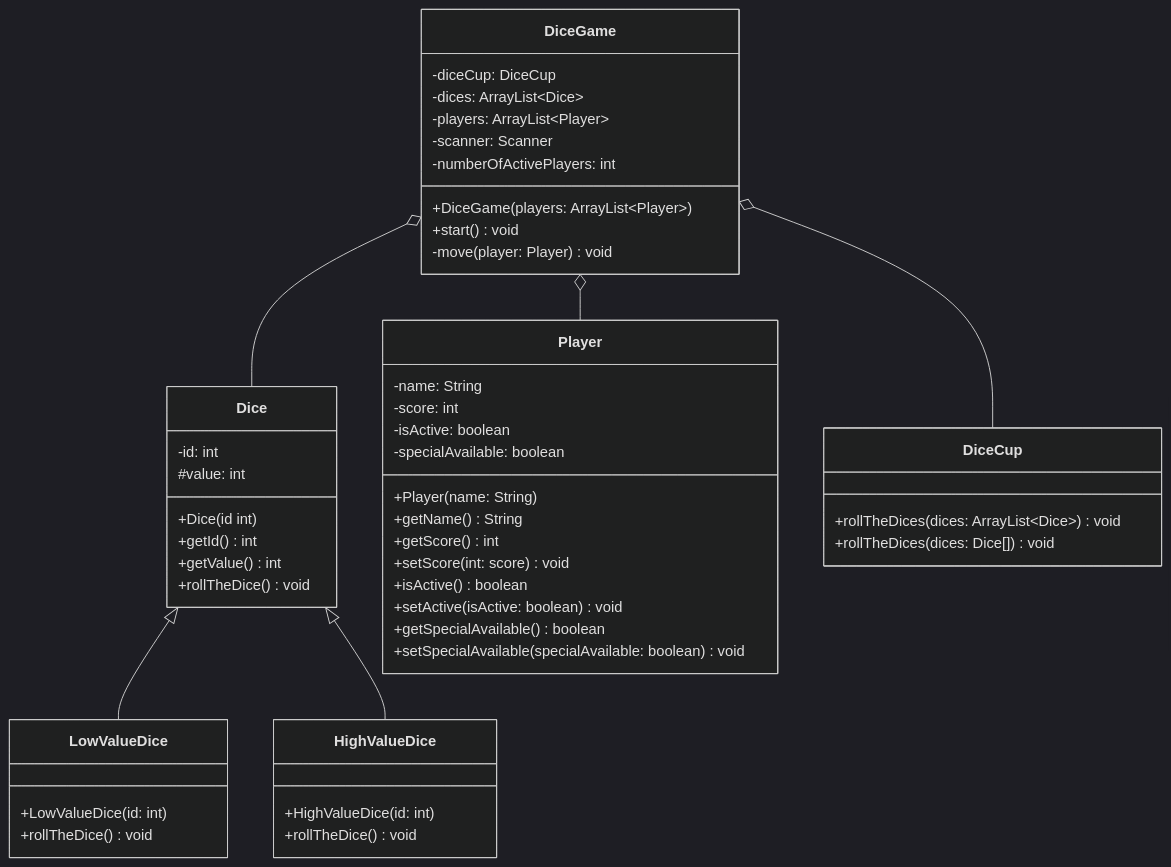
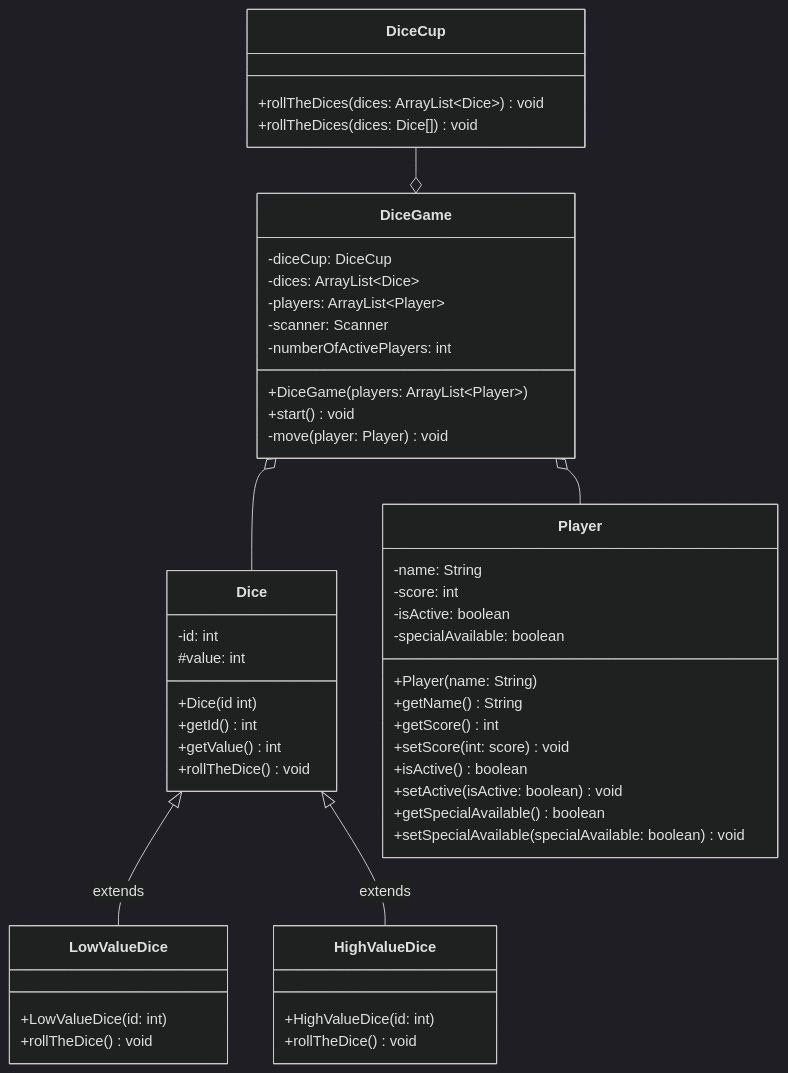
The diagram in docs/exercises/polymorphy/polymorphy04.mdx (jappuccini/java-docs), drawn with Mermaid (dark theme) before and after one commit. The commit also changed 36 other files, not shown here.

````diff
--- a/docs/exercises/polymorphy/polymorphy04.mdx
+++ b/docs/exercises/polymorphy/polymorphy04.mdx
@@ -22,58 +22,58 @@
 ```mermaid
 classDiagram
     DiceGame o-- Dice
     DiceGame o-- Player
-    DiceGame o-- DiceCup
-    Dice <|-- LowValueDice
-    Dice <|-- HighValueDice
+    DiceCup --o DiceGame
+    Dice <|-- LowValueDice : extends
+    Dice <|-- HighValueDice : extends
 
     class Player {
         -name: String
         -score: int
         -isActive: boolean
         -specialAvailable: boolean
         +Player(name: String)
         +getName() String
         +getScore() int
         +setScore(int: score) void
         +isActive() boolean
         +setActive(isActive: boolean) void
         +getSpecialAvailable() boolean
         +setSpecialAvailable(specialAvailable: boolean) void
     }
 
     class Dice {
         -id: int
         #value: int
         +Dice(id int)
         +getId() int
         +getValue() int
         +rollTheDice() void
     }
 
     class LowValueDice {
         +LowValueDice(id: int)
         +rollTheDice() void
     }
 
     class HighValueDice {
         +HighValueDice(id: int)
         +rollTheDice() void
     }
 
     class DiceCup {
         +rollTheDices(dices: ArrayList~Dice~) void
         +rollTheDices(dices: Dice[]) void
     }
 
     class DiceGame {
         -diceCup: DiceCup
         -dices: ArrayList~Dice~
         -players: ArrayList~Player~
         -scanner: Scanner
         -numberOfActivePlayers: int
         +DiceGame(players: ArrayList~Player~)
         +start() void
         -move(player: Player) void
     }
 ```
````
